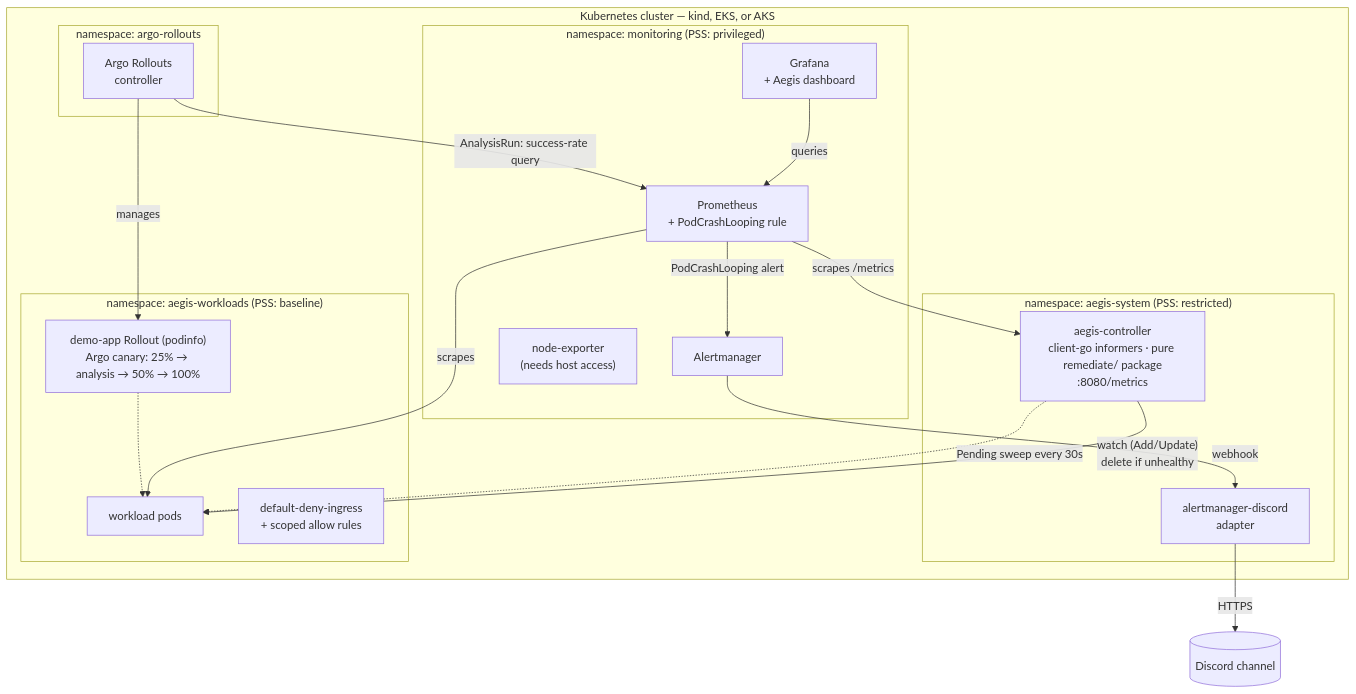
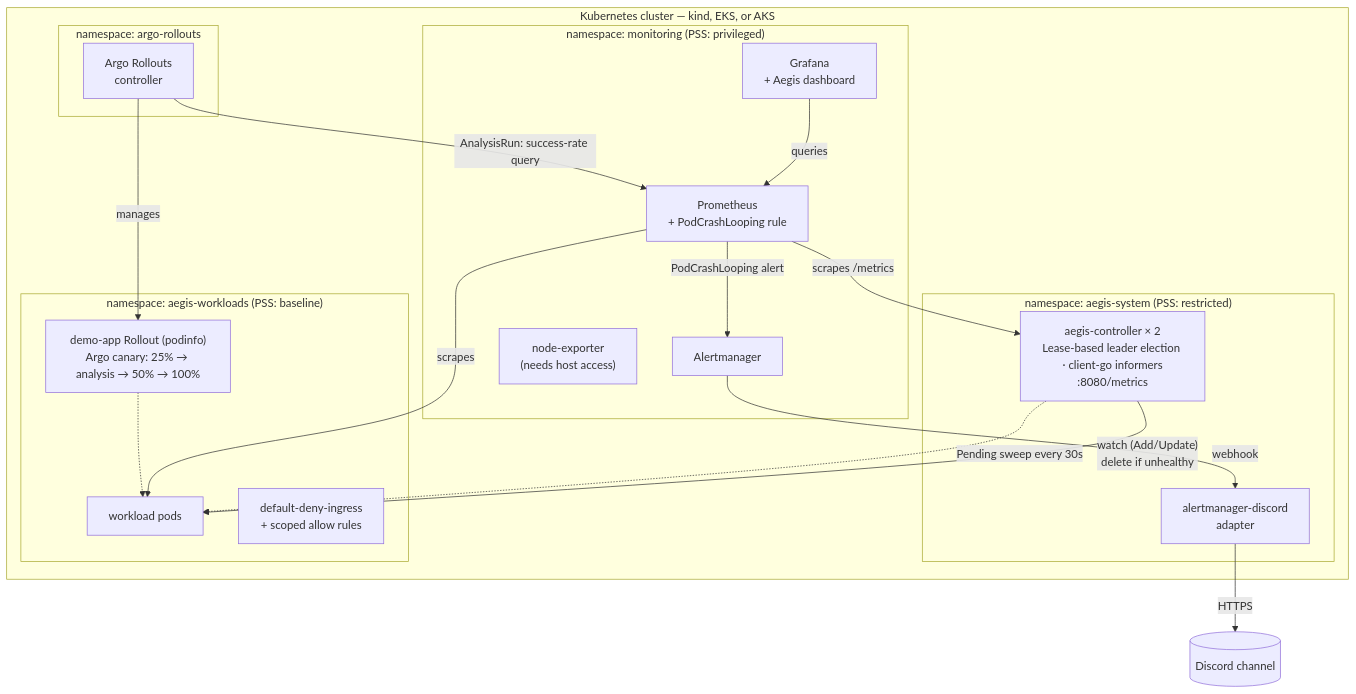
Before and after one commit to viditpawar/aegis-self-healing-k8s: the diagram in README.md, drawn with Mermaid. The commit also changed other lines of this file and 10 other files, not shown here.

Commit message:
Add Lease-based leader election so 2 controller replicas run with one active, plus aegis_leader gauge and sum() dashboard queries

````diff
--- a/README.md
+++ b/README.md
@@ -21,40 +21,40 @@
 ```mermaid
 flowchart TB
     subgraph cluster["Kubernetes cluster — kind, EKS, or AKS"]
         subgraph ns_system["namespace: aegis-system  (PSS: restricted)"]
-            controller["aegis-controller\nclient-go informers · pure remediate/ package\n:8080/metrics"]
+            controller["aegis-controller × 2\nLease-based leader election · client-go informers\n:8080/metrics"]
             discordAdapter["alertmanager-discord\nadapter"]
         end
 
         subgraph ns_workloads["namespace: aegis-workloads  (PSS: baseline)"]
             rollout["demo-app Rollout (podinfo)\nArgo canary: 25% → analysis → 50% → 100%"]
             pods["workload pods"]
             netpol["default-deny-ingress\n+ scoped allow rules"]
         end
 
         subgraph ns_monitoring["namespace: monitoring  (PSS: privileged)"]
             prometheus["Prometheus\n+ PodCrashLooping rule"]
             alertmanager["Alertmanager"]
             grafana["Grafana\n+ Aegis dashboard"]
             nodeExporter["node-exporter\n(needs host access)"]
         end
 
         subgraph ns_rollouts["namespace: argo-rollouts"]
             rolloutsCtrl["Argo Rollouts\ncontroller"]
         end
     end
 
     discord[("Discord channel")]
 
     controller -- "watch (Add/Update)\ndelete if unhealthy" --> pods
     controller -. "Pending sweep every 30s" .-> pods
     prometheus -- scrapes --> pods
     prometheus -- "scrapes /metrics" --> controller
     prometheus -- "PodCrashLooping alert" --> alertmanager
     alertmanager -- webhook --> discordAdapter
     discordAdapter -- HTTPS --> discord
     grafana -- queries --> prometheus
     rolloutsCtrl -- manages --> rollout
     rolloutsCtrl -- "AnalysisRun: success-rate query" --> prometheus
     rollout -.-> pods
 ```
````
